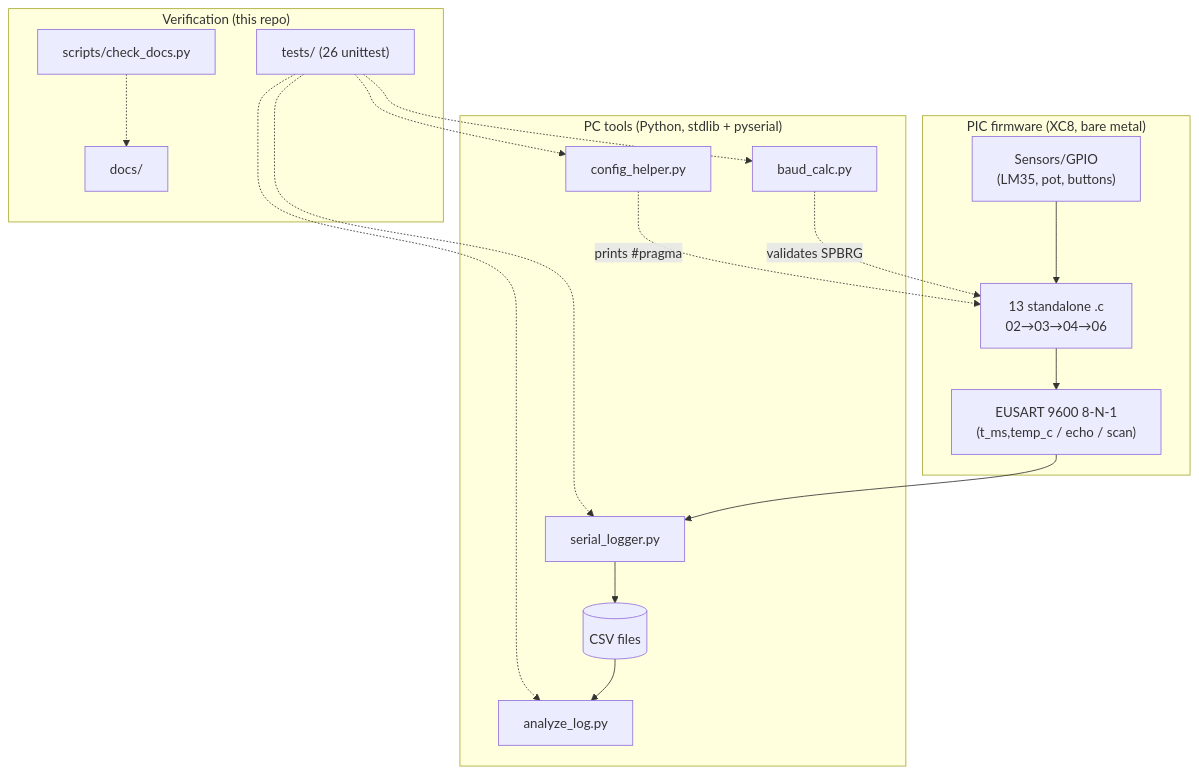
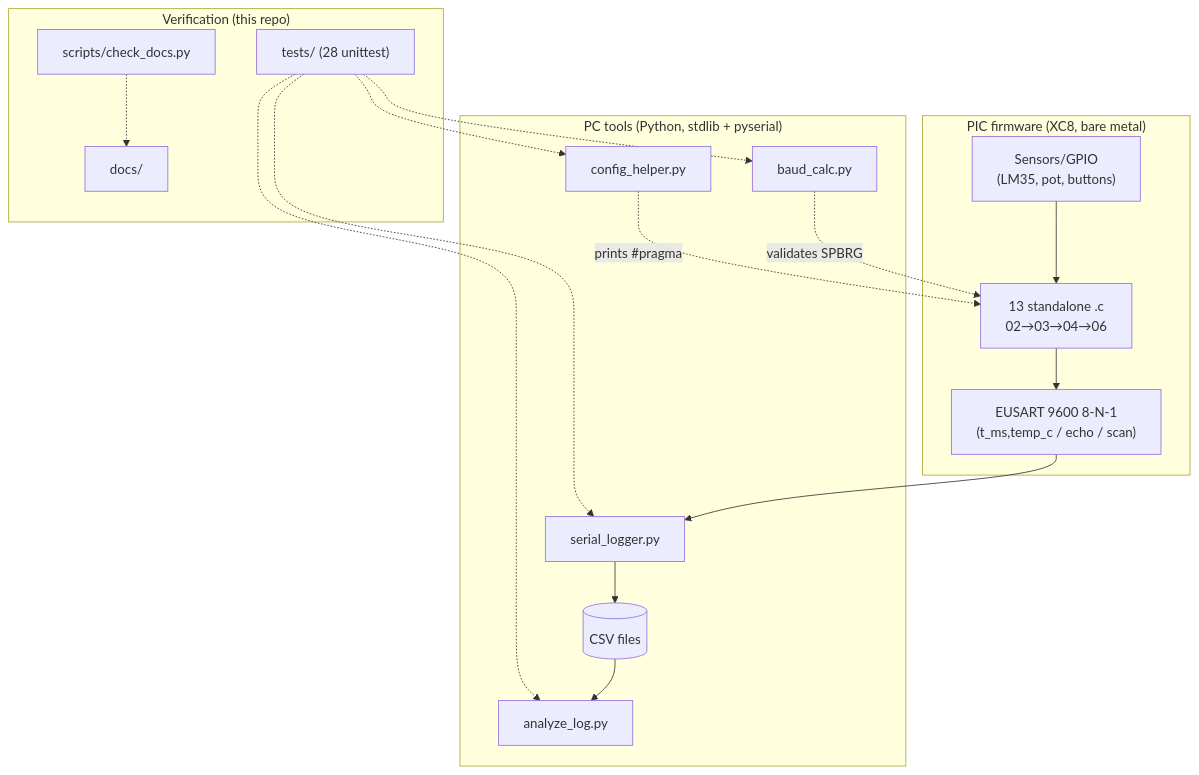
Before and after one commit to PAVAN-NIKHIL-993/MY-WORK: the diagram in PIC-MCU-Programming/docs/ARCHITECTURE.md, drawn with Mermaid. The commit also changed 21 other files, not shown here.

````diff
--- a/PIC-MCU-Programming/docs/ARCHITECTURE.md
+++ b/PIC-MCU-Programming/docs/ARCHITECTURE.md
@@ -12,17 +12,17 @@
 ```mermaid
 flowchart TB
     subgraph FW["PIC firmware (XC8, bare metal)"]
         S["Sensors/GPIO\n(LM35, pot, buttons)"] --> P["13 standalone .c\n02→03→04→06"]
         P --> U["EUSART 9600 8-N-1\n(t_ms,temp_c / echo / scan)"]
     end
     subgraph PC["PC tools (Python, stdlib + pyserial)"]
         U --> L["serial_logger.py"] --> C[("CSV files")]
         C --> A["analyze_log.py"]
         BC["baud_calc.py"] -.->|validates SPBRG| P
         CH["config_helper.py"] -.->|prints #pragma| P
     end
     subgraph V["Verification (this repo)"]
-        T["tests/ (26 unittest)"] -.-> L & BC & CH & A
+        T["tests/ (28 unittest)"] -.-> L & BC & CH & A
         D["scripts/check_docs.py"] -.-> DOC["docs/"]
     end
 ```
````
